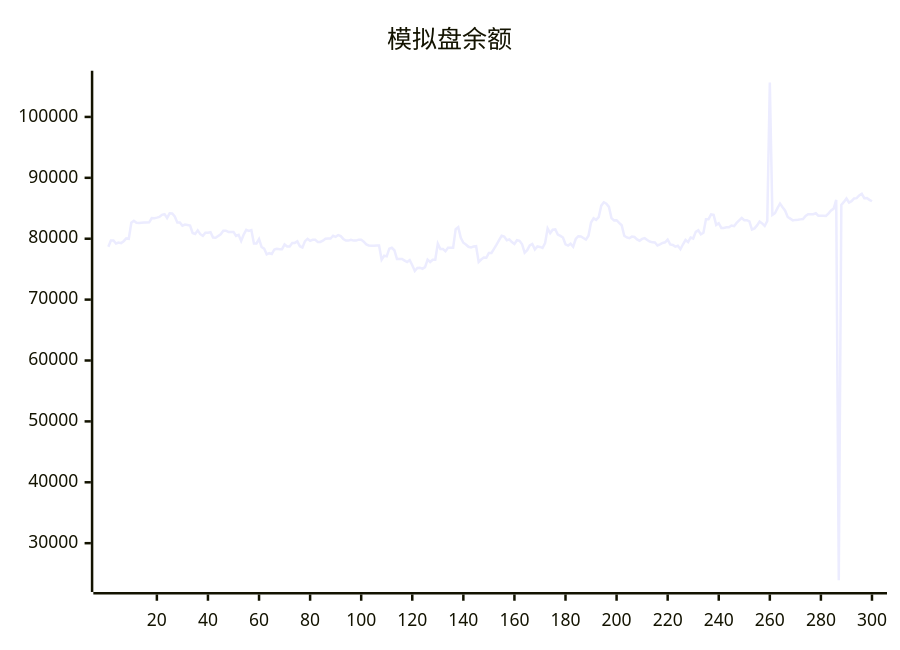
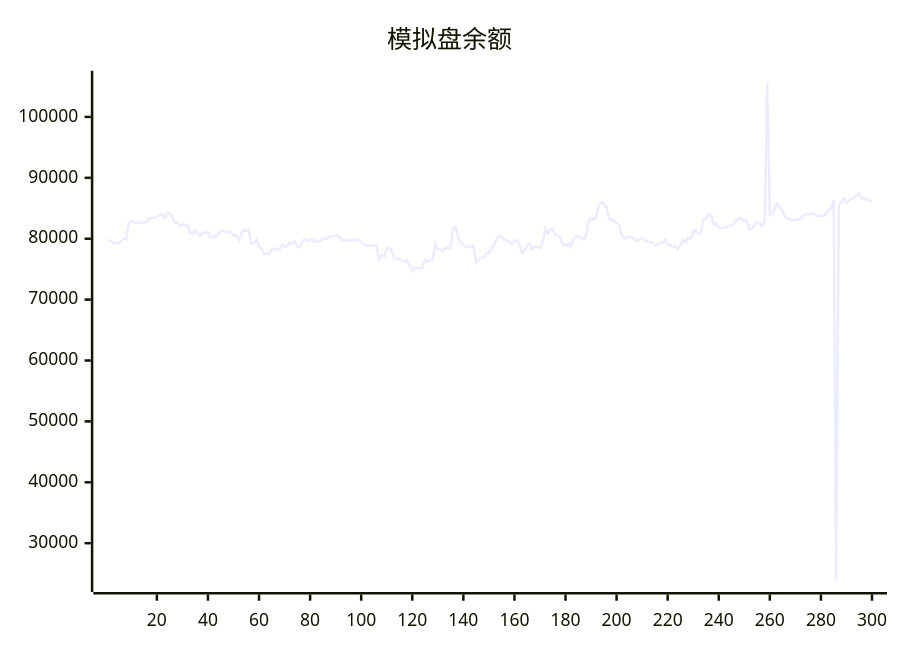
The diagram in README.md (aahl/ai-trading), drawn with Mermaid before and after one commit. The commit also changed other lines of this file and 1 other file, not shown here.

````diff
--- a/README.md
+++ b/README.md
@@ -5,5 +5,5 @@
 ```mermaid
 xychart
     title "模拟盘余额"
-    line [78682,79720,79720,79214,79372,79279,79591,80046,79993,82625,82950,82626,82571,82633,82670,82670,82681,83386,83378,83464,83579,83920,84037,83402,84160,84142,83652,82655,82655,82145,82315,82243,82163,80934,80770,81371,80742,80468,80989,80989,81067,80191,80155,80450,80737,81309,81309,81106,81119,81119,80471,80631,79624,80670,81448,81290,81429,79212,79222,79940,78643,78380,77432,77623,77504,78235,78358,78284,78277,79048,78714,78714,79290,79308,79567,78763,78563,79603,79988,79652,79813,79813,79476,79469,79673,79995,80015,80015,80486,80314,80600,80436,79966,79689,79689,79819,79692,79692,79850,79850,79518,79071,78889,78850,78850,78878,78878,76554,77202,77103,78357,78510,78106,76678,76677,76672,76411,76159,76485,75656,74695,75197,75246,75052,75334,76564,76179,76553,76551,79196,78300,78300,77944,78531,78531,78521,81564,81884,80160,79335,79055,78675,78580,78708,78764,76179,76586,76902,76876,77658,77669,78346,79023,79769,80497,80366,79761,79896,79448,79126,79749,79658,79097,77695,78114,78888,79126,78249,78738,78653,78478,79271,81680,80923,81488,81527,80681,80455,80190,79084,78879,79193,78686,79954,80403,80374,80118,79848,80491,82665,83351,83098,83525,85430,85983,85737,85221,83378,83014,83043,82613,82216,80477,80208,80081,80348,80277,79894,79670,79965,80093,79786,79542,79406,79371,78893,79087,79304,79406,79841,79072,78978,78696,78846,78272,79085,79787,79442,80198,80031,81120,81379,80718,80985,83214,83212,83993,83921,82270,82547,81776,81776,81866,81866,82158,82061,82596,83000,83408,83041,83050,82858,81503,81691,82188,82812,82517,82092,82901,105633,83898,84180,85030,85781,85178,84604,83569,83298,83008,83093,83107,83175,83228,83729,84025,84017,84019,84177,83775,83762,83785,83738,84160,84639,84939,86370,23934,85548,86046,86599,85942,86161,86622,86664,87115,87369,86666,86685,86384,86152]
+    line [79720,79720,79214,79372,79279,79591,80046,79993,82625,82950,82626,82571,82633,82670,82670,82681,83386,83378,83464,83579,83920,84037,83402,84160,84142,83652,82655,82655,82145,82315,82243,82163,80934,80770,81371,80742,80468,80989,80989,81067,80191,80155,80450,80737,81309,81309,81106,81119,81119,80471,80631,79624,80670,81448,81290,81429,79212,79222,79940,78643,78380,77432,77623,77504,78235,78358,78284,78277,79048,78714,78714,79290,79308,79567,78763,78563,79603,79988,79652,79813,79813,79476,79469,79673,79995,80015,80015,80486,80314,80600,80436,79966,79689,79689,79819,79692,79692,79850,79850,79518,79071,78889,78850,78850,78878,78878,76554,77202,77103,78357,78510,78106,76678,76677,76672,76411,76159,76485,75656,74695,75197,75246,75052,75334,76564,76179,76553,76551,79196,78300,78300,77944,78531,78531,78521,81564,81884,80160,79335,79055,78675,78580,78708,78764,76179,76586,76902,76876,77658,77669,78346,79023,79769,80497,80366,79761,79896,79448,79126,79749,79658,79097,77695,78114,78888,79126,78249,78738,78653,78478,79271,81680,80923,81488,81527,80681,80455,80190,79084,78879,79193,78686,79954,80403,80374,80118,79848,80491,82665,83351,83098,83525,85430,85983,85737,85221,83378,83014,83043,82613,82216,80477,80208,80081,80348,80277,79894,79670,79965,80093,79786,79542,79406,79371,78893,79087,79304,79406,79841,79072,78978,78696,78846,78272,79085,79787,79442,80198,80031,81120,81379,80718,80985,83214,83212,83993,83921,82270,82547,81776,81776,81866,81866,82158,82061,82596,83000,83408,83041,83050,82858,81503,81691,82188,82812,82517,82092,82901,105633,83898,84180,85030,85781,85178,84604,83569,83298,83008,83093,83107,83175,83228,83729,84025,84017,84019,84177,83775,83762,83785,83738,84160,84639,84939,86370,23934,85548,86046,86599,85942,86161,86622,86664,87115,87369,86666,86685,86384,86152,86243]
 ```
````
